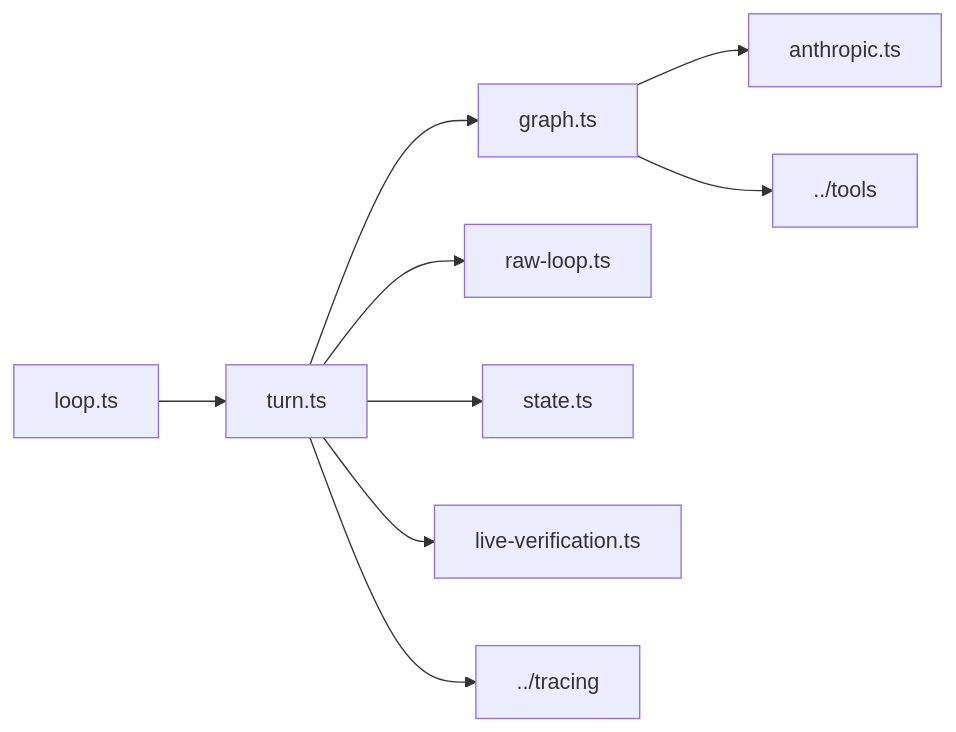
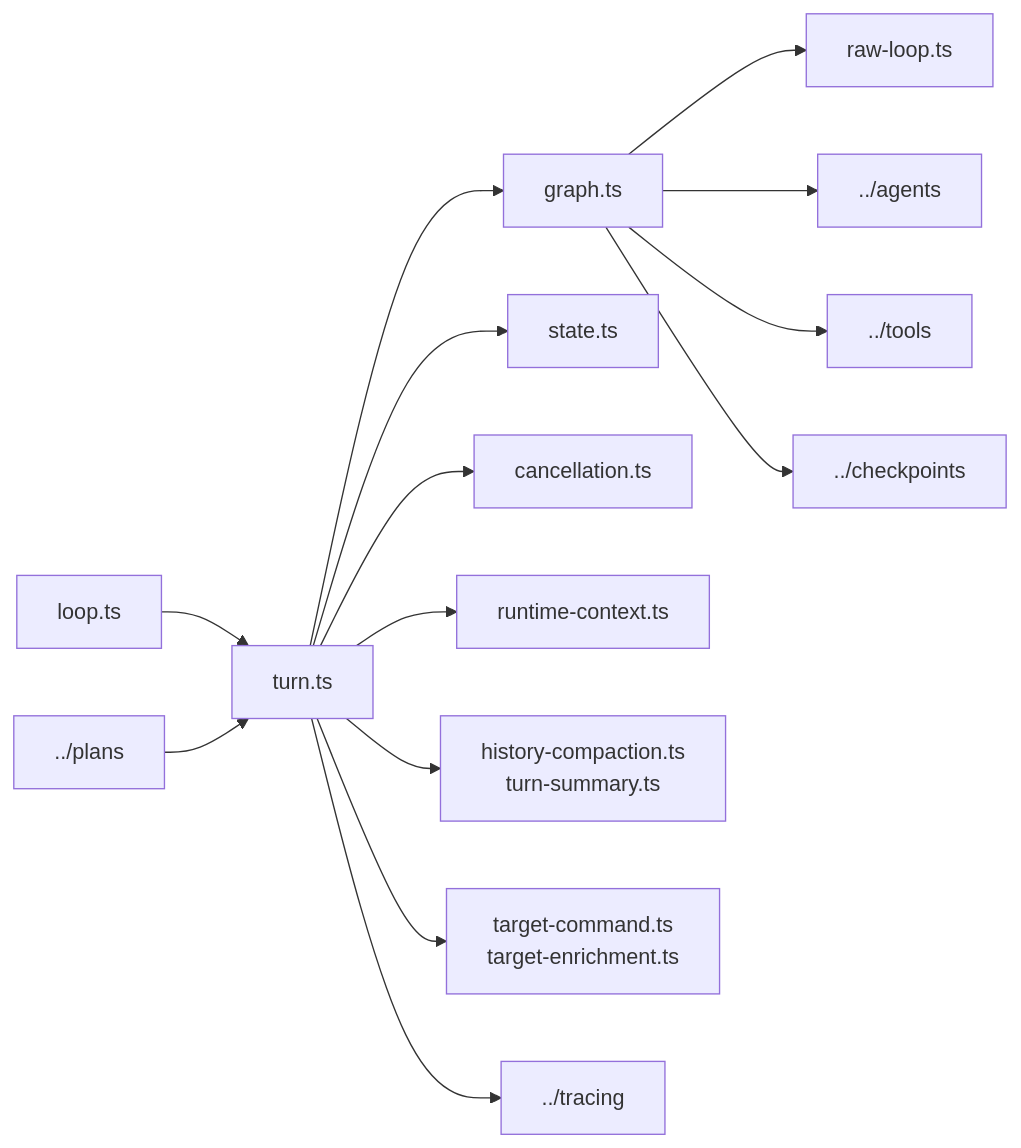
The diagram in shipyard/src/engine/README.md (thisisyoussef/shipyard), drawn with Mermaid before and after one commit. The commit also changed other lines of this file and 21 other files, not shown here.

First line of the commit message:
docs: refresh runtime architecture guides

````diff
--- a/shipyard/src/engine/README.md
+++ b/shipyard/src/engine/README.md
@@ -27,21 +42,31 @@
 ```mermaid
 flowchart LR
   Loop["loop.ts"]
   Turn["turn.ts"]
   Graph["graph.ts"]
   Raw["raw-loop.ts"]
   State["state.ts"]
-  Anthropic["anthropic.ts"]
-  Verify["live-verification.ts"]
+  Cancel["cancellation.ts"]
+  RuntimeCtx["runtime-context.ts"]
+  Summary["history-compaction.ts<br/>turn-summary.ts"]
+  Commands["target-command.ts<br/>target-enrichment.ts"]
+  Plans["../plans"]
+  Agents["../agents"]
   Tools["../tools"]
+  Checkpoints["../checkpoints"]
   Traces["../tracing"]
 
   Loop --> Turn
+  Plans --> Turn
   Turn --> State
+  Turn --> Cancel
+  Turn --> RuntimeCtx
+  Turn --> Summary
   Turn --> Graph
-  Turn --> Raw
-  Graph --> Anthropic
+  Turn --> Commands
+  Graph --> Raw
+  Graph --> Agents
   Graph --> Tools
-  Turn --> Verify
+  Graph --> Checkpoints
   Turn --> Traces
 ```
````
